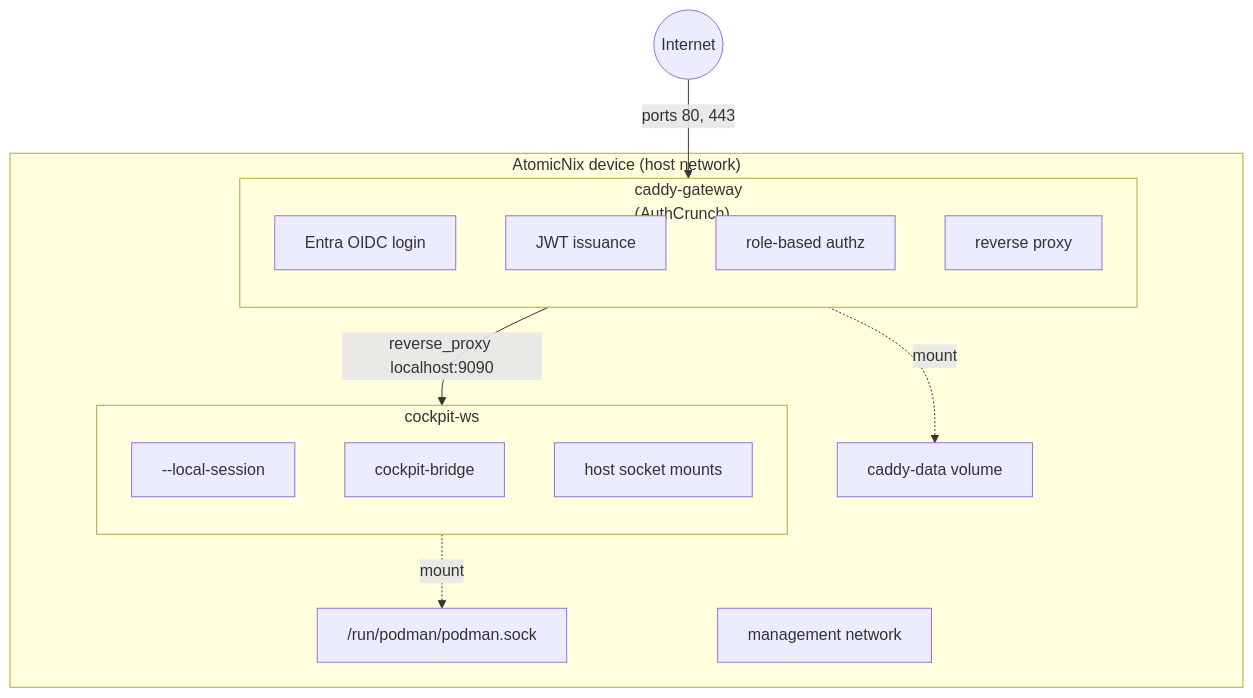
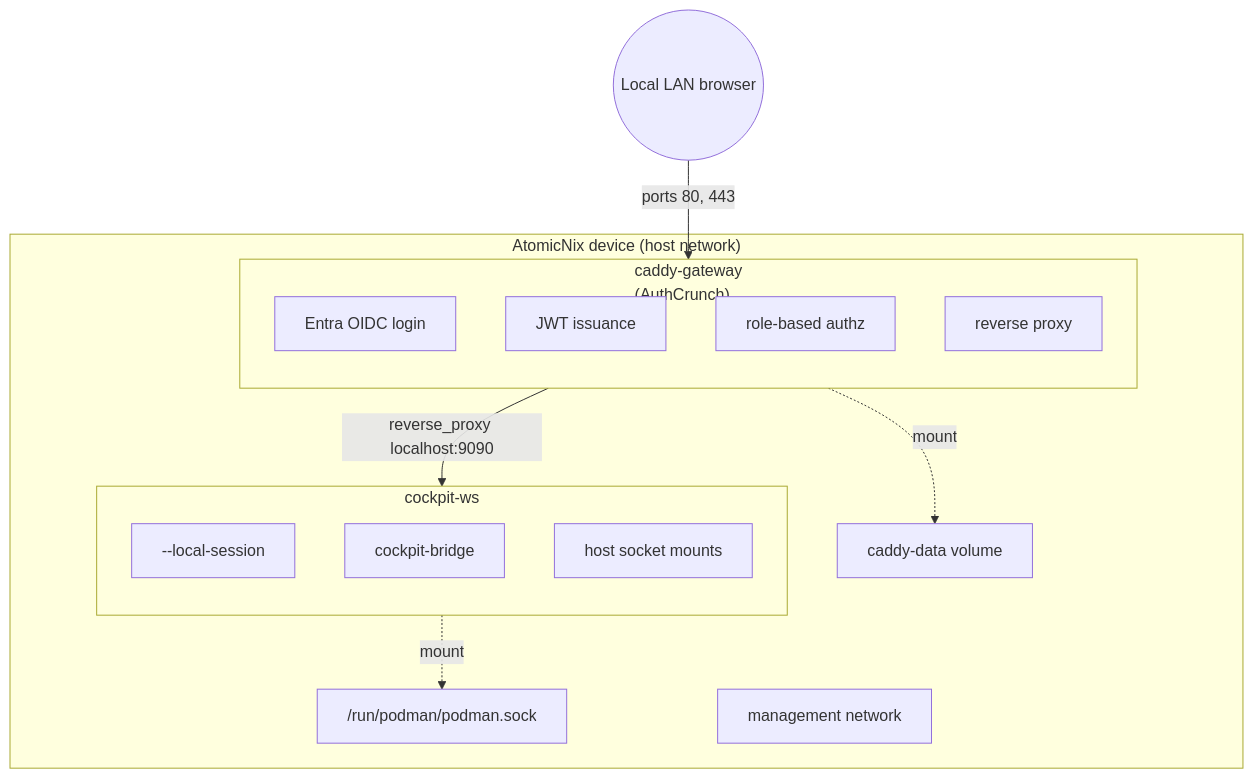
The diagram in docs/src/features/caddy-authcrunch-cockpit-tutorial/design.md (RobertDeRose/AtomicNIx), drawn with Mermaid before and after one commit. The commit also changed other lines of this file and 8 other files, not shown here.

````diff
--- a/docs/src/features/caddy-authcrunch-cockpit-tutorial/design.md
+++ b/docs/src/features/caddy-authcrunch-cockpit-tutorial/design.md
@@ -22,29 +24,29 @@
 ```mermaid
 graph TD
     subgraph device["AtomicNix device (host network)"]
         subgraph caddy["caddy-gateway<br/>(AuthCrunch)"]
             direction TB
             c1["Entra OIDC login"]
             c2["JWT issuance"]
             c3["role-based authz"]
             c4["reverse proxy"]
         end
 
         subgraph cockpit["cockpit-ws"]
             direction TB
             k1["--local-session"]
             k2["cockpit-bridge"]
             k3["host socket mounts"]
         end
 
         caddy -- "reverse_proxy localhost:9090" --> cockpit
 
         socket["/run/podman/podman.sock"]
         caddydata["caddy-data volume"]
         mgmtnet["management network"]
     end
 
-    internet((Internet)) -- "ports 80, 443" --> caddy
+    lan((Local LAN browser)) -- "ports 80, 443" --> caddy
     cockpit -. "mount" .-> socket
     caddy -. "mount" .-> caddydata
 ```
````
